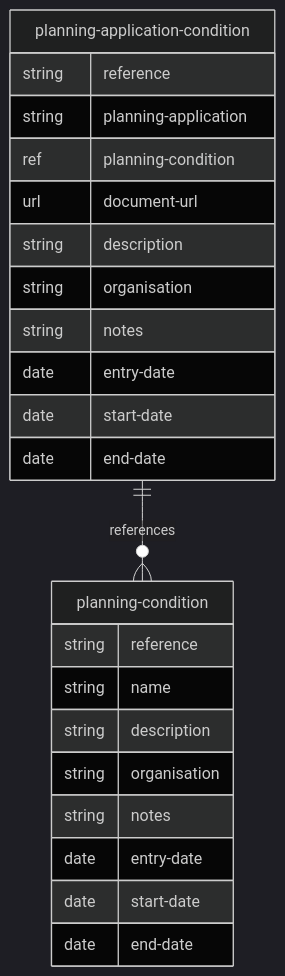
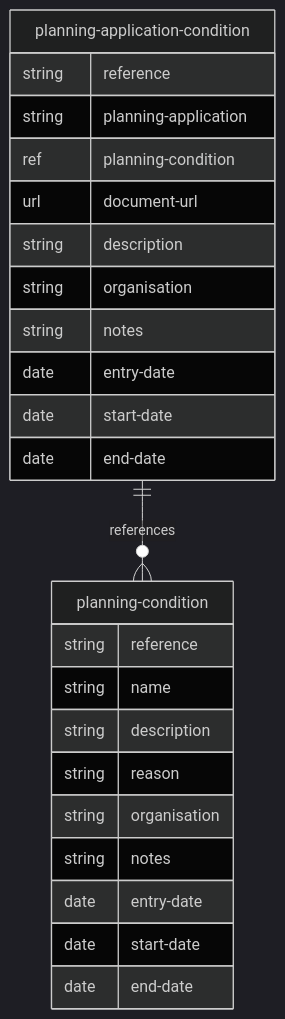
Before and after one commit to digital-land/specification: the diagram in docs/mermaid/planning-condition.md, drawn with Mermaid (dark theme). The commit also changed 10 other files, not shown here.

````diff
--- a/docs/mermaid/planning-condition.md
+++ b/docs/mermaid/planning-condition.md
@@ -4,26 +4,27 @@
 ```mermaid
 erDiagram
     planning-condition {
         string reference
         string name
         string description
+        string reason
         string organisation
         string notes
         date entry-date
         date start-date
         date end-date
     }
     planning-application-condition {
         string reference
         string planning-application
         ref planning-condition
         url document-url
         string description
         string organisation
         string notes
         date entry-date
         date start-date
         date end-date
     }
     planning-application-condition ||--o{ planning-condition : references
 ```
````
